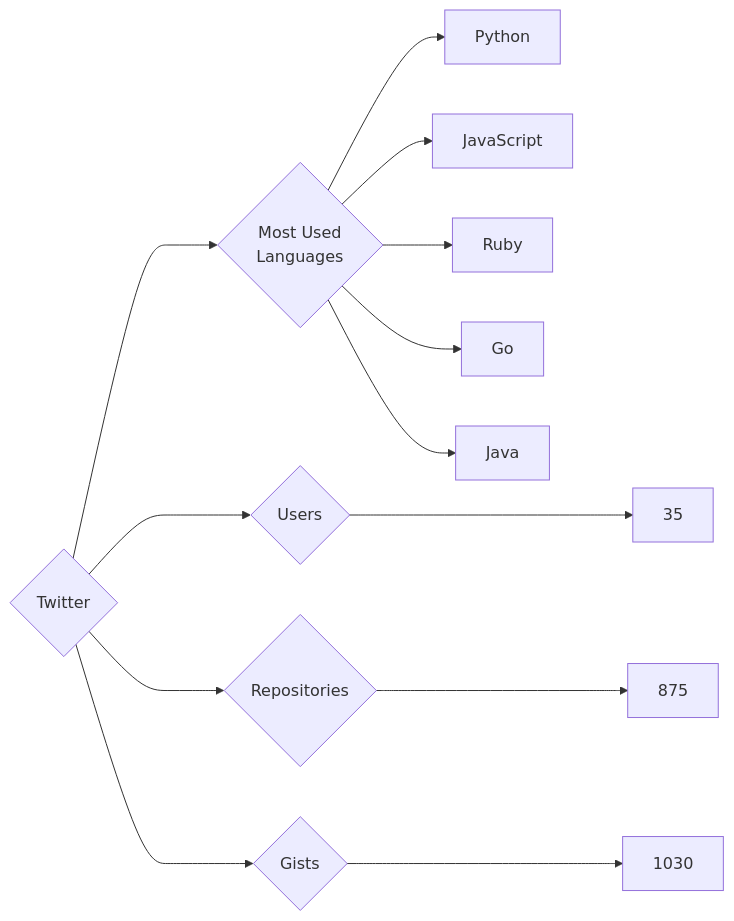
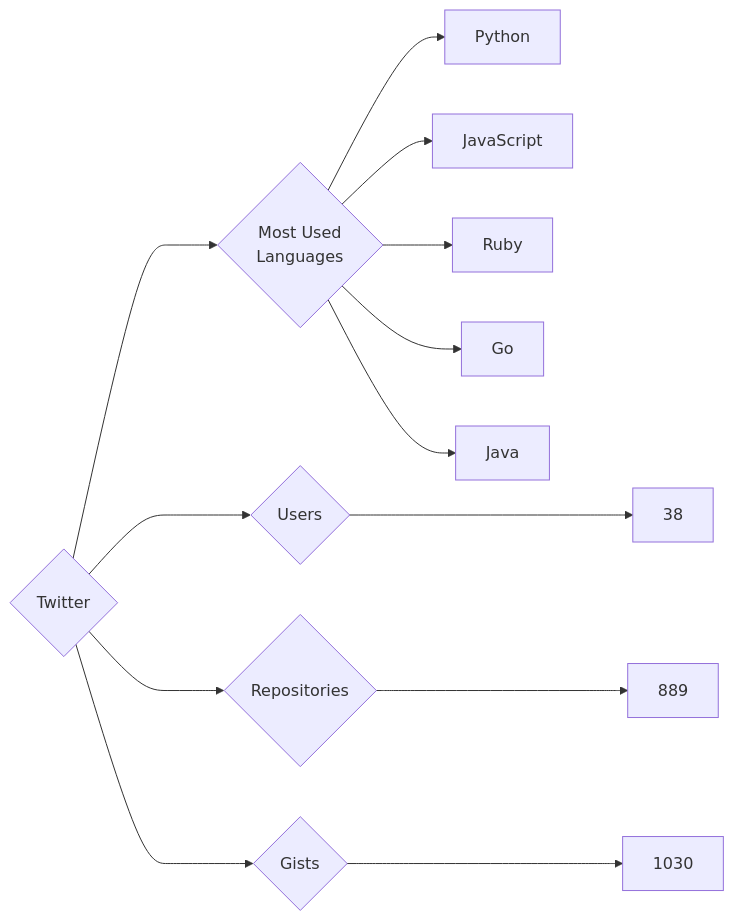
The diagram in targets/Twitter/README.md (trickest/insiders), drawn with Mermaid before and after one commit. The commit also changed 725 other files, not shown here.

````diff
--- a/targets/Twitter/README.md
+++ b/targets/Twitter/README.md
@@ -3,13 +3,13 @@
 ```mermaid
 graph LR
 COMPANY_NAME{Twitter}
-COMPANY_NAME ---> U{Users} ---> UN[35]
-COMPANY_NAME ---> R{Repositories} ---> RN[875]
+COMPANY_NAME ---> U{Users} ---> UN[38]
+COMPANY_NAME ---> R{Repositories} ---> RN[889]
 COMPANY_NAME ---> G{Gists} ---> GN[1030]
 COMPANY_NAME ---> ML{Most Used<br>Languages}
 ML --> Python[Python]
 ML --> JavaScript[JavaScript]
 ML --> Ruby[Ruby]
 ML --> Go[Go]
 ML --> Java[Java]
 ```
````
